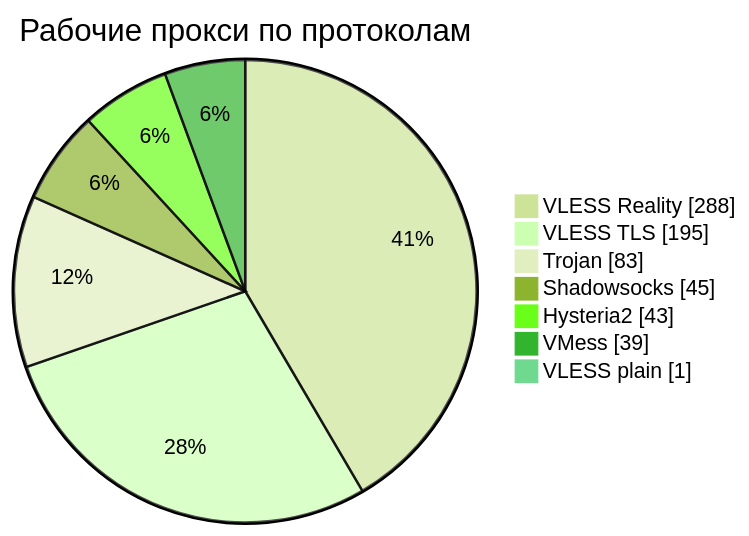
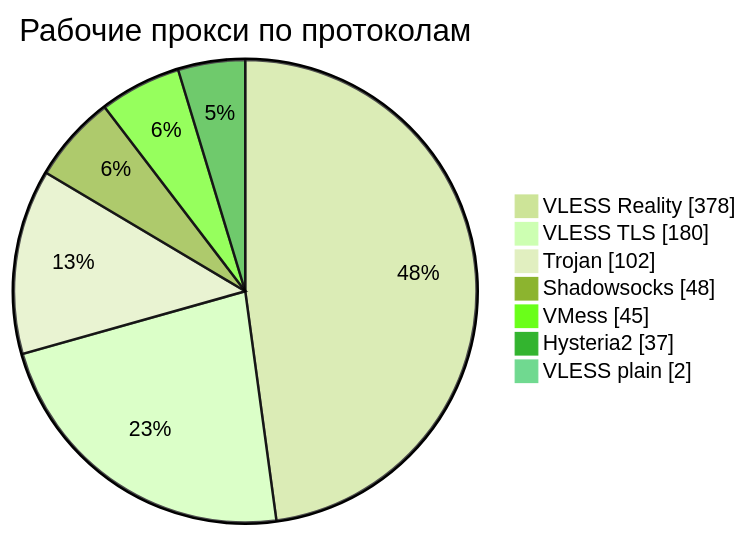
Before and after one commit to rvvg/proxy-subs: the third of 4 diagrams in README.md, drawn with Mermaid (forest theme). The commit also changed other lines of this file and 58 other files, not shown here.

````diff
--- a/README.md
+++ b/README.md
@@ -143,11 +142,11 @@
 ```mermaid
 pie showData
     title Рабочие прокси по протоколам
-    "VLESS Reality" : 288
-    "VLESS TLS" : 195
-    "Trojan" : 83
-    "Shadowsocks" : 45
-    "Hysteria2" : 43
-    "VMess" : 39
-    "VLESS plain" : 1
+    "VLESS Reality" : 378
+    "VLESS TLS" : 180
+    "Trojan" : 102
+    "Shadowsocks" : 48
+    "VMess" : 45
+    "Hysteria2" : 37
+    "VLESS plain" : 2
 ```
````
